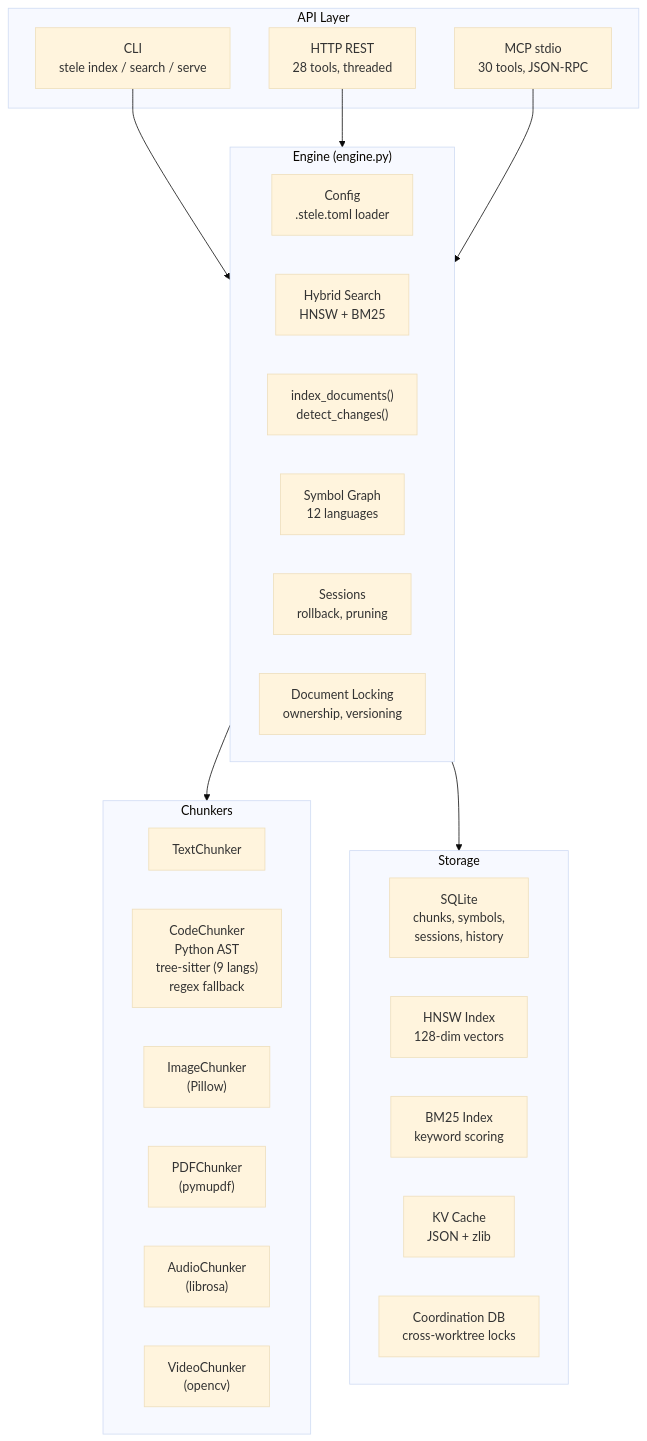
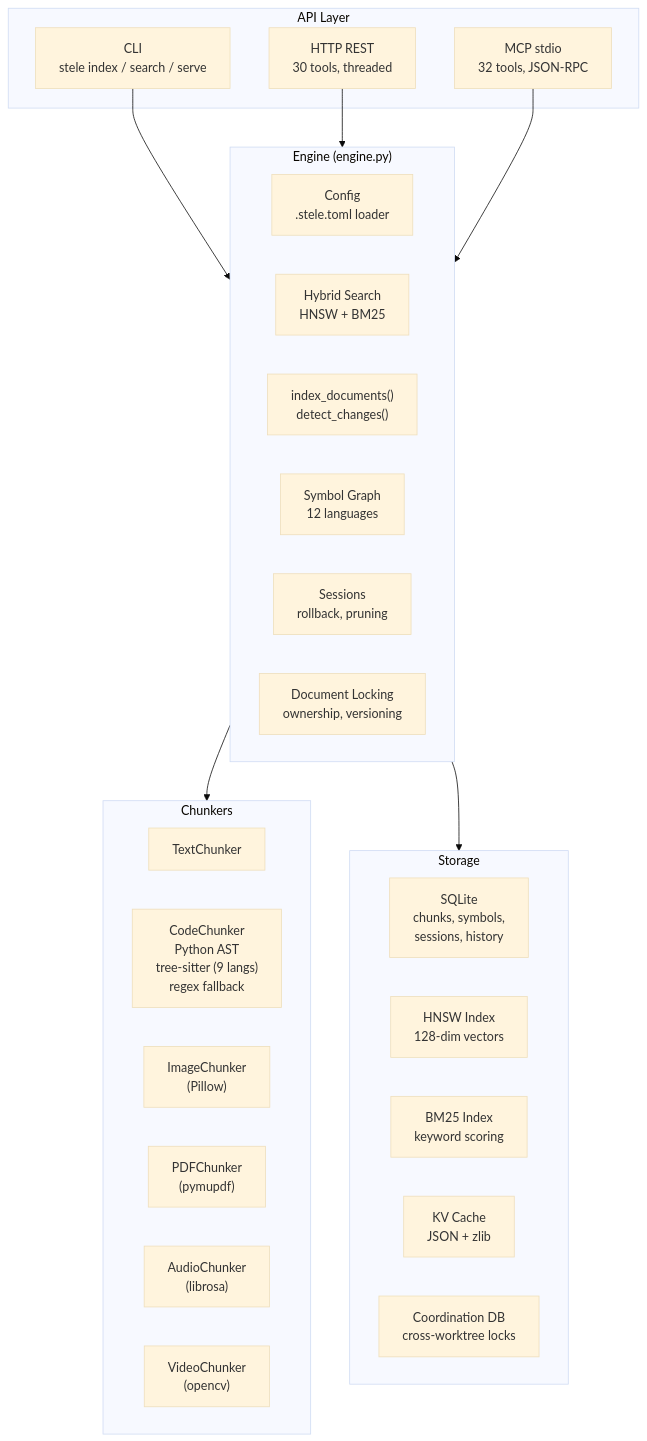
Before and after one commit to IronAdamant/stele-context: the diagram in README.md, drawn with Mermaid (base theme). The commit also changed other lines of this file and 9 other files, not shown here.

````diff
--- a/README.md
+++ b/README.md
@@ -28,40 +28,40 @@
 ```mermaid
 graph TB
     subgraph API["API Layer"]
         CLI["CLI<br/>stele index / search / serve"]
-        HTTP["HTTP REST<br/>28 tools, threaded"]
-        MCP["MCP stdio<br/>30 tools, JSON-RPC"]
+        HTTP["HTTP REST<br/>30 tools, threaded"]
+        MCP["MCP stdio<br/>32 tools, JSON-RPC"]
     end
 
     subgraph Engine["Engine (engine.py)"]
         CFG["Config<br/>.stele.toml loader"]
         SEARCH["Hybrid Search<br/>HNSW + BM25"]
         IDX["index_documents()<br/>detect_changes()"]
         SYM["Symbol Graph<br/>12 languages"]
         SESS["Sessions<br/>rollback, pruning"]
         LOCK["Document Locking<br/>ownership, versioning"]
     end
 
     subgraph Chunkers["Chunkers"]
         TXT["TextChunker"]
         CODE["CodeChunker<br/>Python AST<br/>tree-sitter (9 langs)<br/>regex fallback"]
         IMG["ImageChunker<br/>(Pillow)"]
         PDF["PDFChunker<br/>(pymupdf)"]
         AUD["AudioChunker<br/>(librosa)"]
         VID["VideoChunker<br/>(opencv)"]
     end
 
     subgraph Storage["Storage"]
         SQLITE["SQLite<br/>chunks, symbols,<br/>sessions, history"]
         HNSW["HNSW Index<br/>128-dim vectors"]
         BM25["BM25 Index<br/>keyword scoring"]
         KV["KV Cache<br/>JSON + zlib"]
         COORD["Coordination DB<br/>cross-worktree locks"]
     end
 
     CLI --> Engine
     HTTP --> Engine
     MCP --> Engine
     Engine --> Chunkers
     Engine --> Storage
 ```
````
